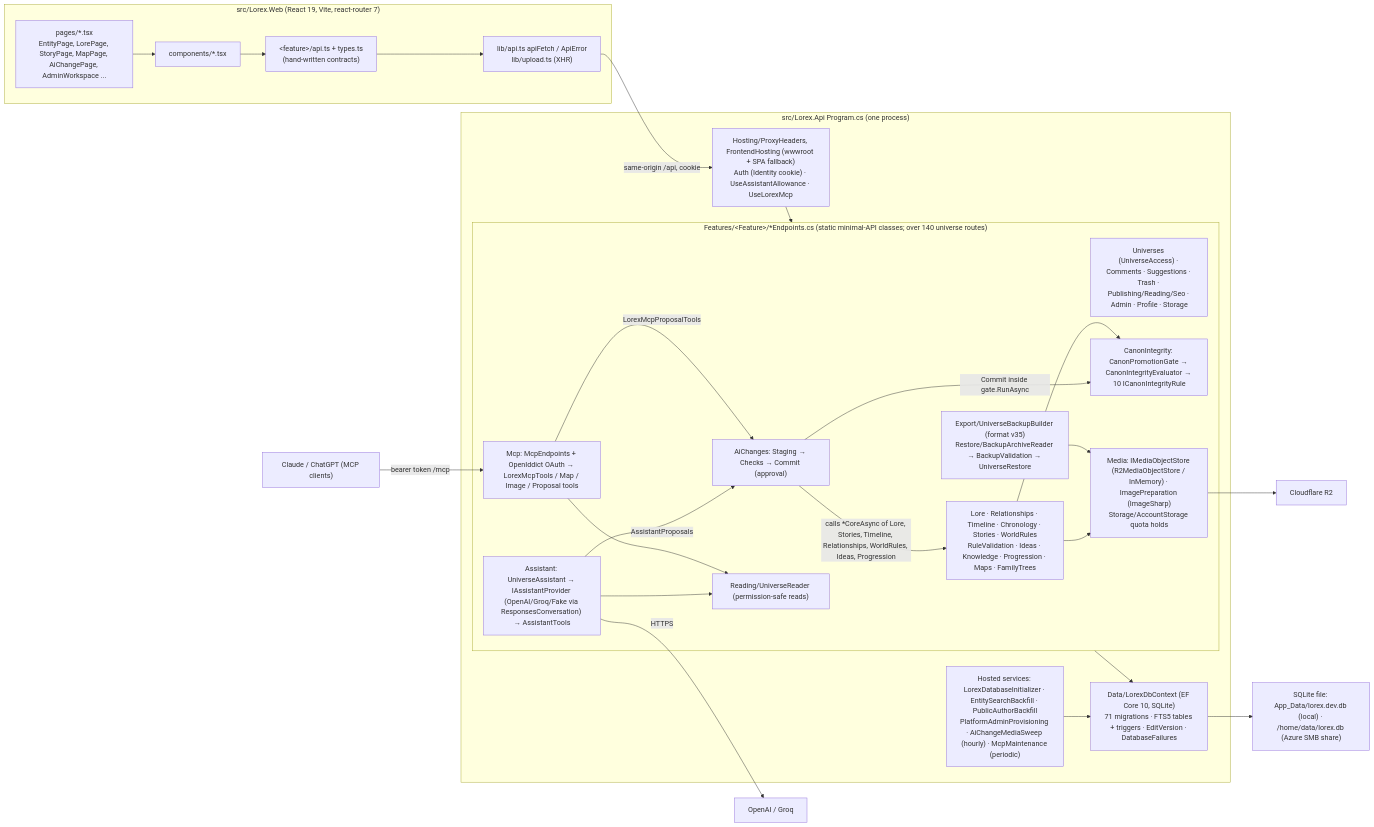
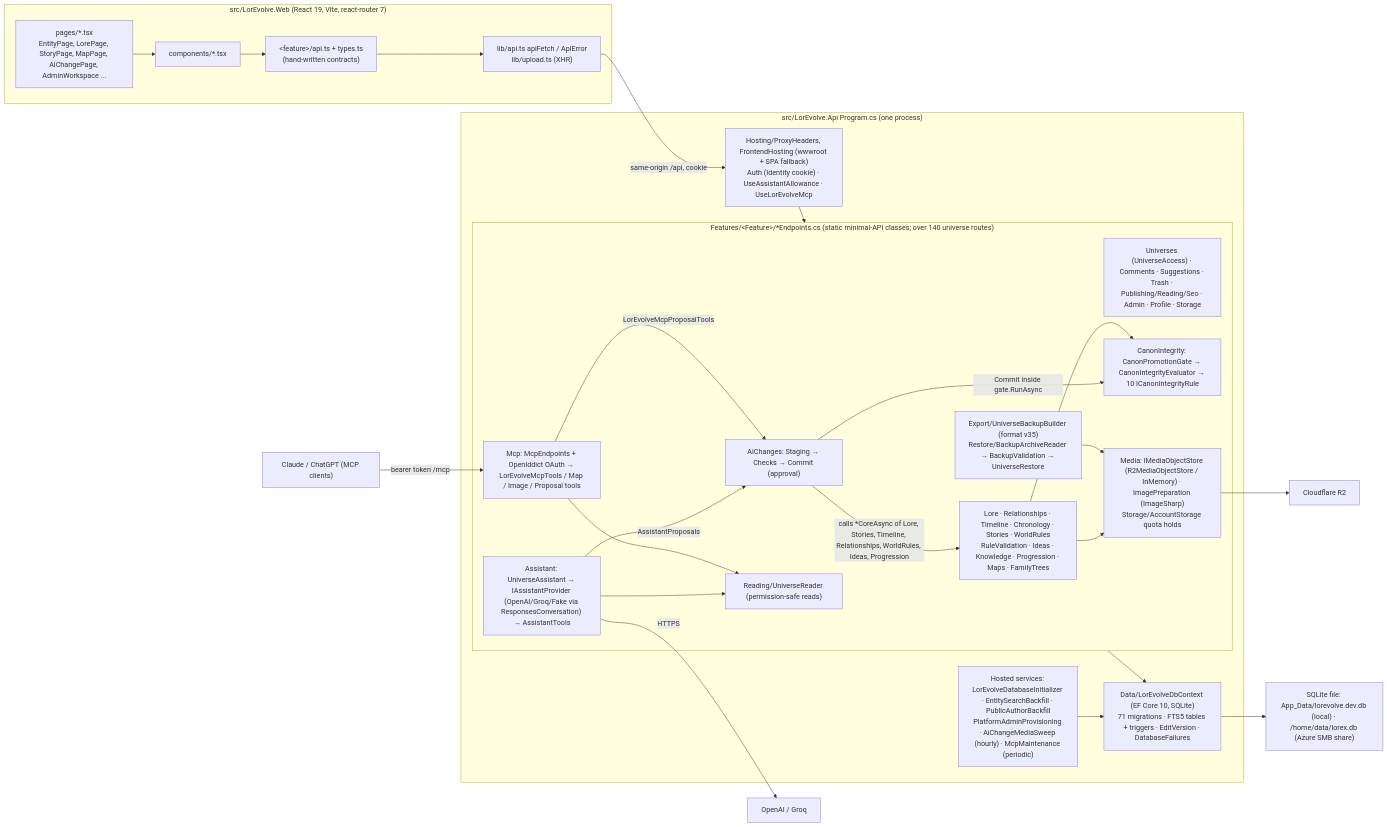
One commit to luisfpires18/lorevolve changed the diagram in docs/architecture/audits/2026-10-25-architecture-audit.md. Above: the diagram before and after it, drawn with Mermaid. The commit also changed other lines of this file and 2032 other files, not shown here.

First line of the commit message:
chore: rename Lorex to LorEvolve - paths, namespaces, text

````diff
--- a/docs/architecture/audits/2026-10-25-architecture-audit.md
+++ b/docs/architecture/audits/2026-10-25-architecture-audit.md
@@ -27,44 +27,44 @@
 ```mermaid
 flowchart LR
-  subgraph Web["src/Lorex.Web (React 19, Vite, react-router 7)"]
+  subgraph Web["src/LorEvolve.Web (React 19, Vite, react-router 7)"]
     Pages["pages/*.tsx<br/>EntityPage, LorePage, StoryPage, MapPage, AiChangePage, AdminWorkspace ..."]
     Comps["components/*.tsx"]
     FeatApi["&lt;feature&gt;/api.ts + types.ts<br/>(hand-written contracts)"]
     LibApi["lib/api.ts apiFetch / ApiError<br/>lib/upload.ts (XHR)"]
     Pages --> Comps --> FeatApi --> LibApi
   end
 
-  subgraph Host["src/Lorex.Api Program.cs (one process)"]
-    HostMw["Hosting/ProxyHeaders, FrontendHosting (wwwroot + SPA fallback)<br/>Auth (Identity cookie) · UseAssistantAllowance · UseLorexMcp"]
+  subgraph Host["src/LorEvolve.Api Program.cs (one process)"]
+    HostMw["Hosting/ProxyHeaders, FrontendHosting (wwwroot + SPA fallback)<br/>Auth (Identity cookie) · UseAssistantAllowance · UseLorEvolveMcp"]
     subgraph Feat["Features/&lt;Feature&gt;/*Endpoints.cs (static minimal-API classes; over 140 universe routes)"]
       Content["Lore · Relationships · Timeline · Chronology · Stories · WorldRules<br/>RuleValidation · Ideas · Knowledge · Progression · Maps · FamilyTrees"]
       Collab["Universes (UniverseAccess) · Comments · Suggestions · Trash · Publishing/Reading/Seo · Admin · Profile · Storage"]
       Canon["CanonIntegrity: CanonPromotionGate → CanonIntegrityEvaluator → 10 ICanonIntegrityRule"]
       AiC["AiChanges: Staging → Checks → Commit (approval)"]
       Asst["Assistant: UniverseAssistant → IAssistantProvider (OpenAI/Groq/Fake via ResponsesConversation) → AssistantTools"]
-      Mcp["Mcp: McpEndpoints + OpenIddict OAuth → LorexMcpTools / Map / Image / Proposal tools"]
+      Mcp["Mcp: McpEndpoints + OpenIddict OAuth → LorEvolveMcpTools / Map / Image / Proposal tools"]
       Reader["Reading/UniverseReader (permission-safe reads)"]
       Backup["Export/UniverseBackupBuilder (format v35)<br/>Restore/BackupArchiveReader → BackupValidation → UniverseRestore"]
       Media["Media: IMediaObjectStore (R2MediaObjectStore / InMemory) · ImagePreparation (ImageSharp)<br/>Storage/AccountStorage quota holds"]
     end
-    Bg["Hosted services: LorexDatabaseInitializer · EntitySearchBackfill · PublicAuthorBackfill<br/>PlatformAdminProvisioning · AiChangeMediaSweep (hourly) · McpMaintenance (periodic)"]
-    Db["Data/LorexDbContext (EF Core 10, SQLite)<br/>71 migrations · FTS5 tables + triggers · EditVersion · DatabaseFailures"]
+    Bg["Hosted services: LorEvolveDatabaseInitializer · EntitySearchBackfill · PublicAuthorBackfill<br/>PlatformAdminProvisioning · AiChangeMediaSweep (hourly) · McpMaintenance (periodic)"]
+    Db["Data/LorEvolveDbContext (EF Core 10, SQLite)<br/>71 migrations · FTS5 tables + triggers · EditVersion · DatabaseFailures"]
   end
 
   LibApi -- "same-origin /api, cookie" --> HostMw --> Feat
   ExtAI["Claude / ChatGPT (MCP clients)"] -- "bearer token /mcp" --> Mcp
   Asst -- HTTPS --> LLM["OpenAI / Groq"]
   Asst --> Reader
   Mcp --> Reader
   Asst -- "AssistantProposals" --> AiC
-  Mcp -- "LorexMcpProposalTools" --> AiC
+  Mcp -- "LorEvolveMcpProposalTools" --> AiC
   AiC -- "Commit inside gate.RunAsync" --> Canon
   AiC -- "calls *CoreAsync of Lore, Stories, Timeline, Relationships, WorldRules, Ideas, Progression" --> Content
   Content --> Canon
   Content --> Media
   Backup --> Media
   Feat --> Db
   Bg --> Db
   Media --> R2["Cloudflare R2"]
-  Db --> File["SQLite file: App_Data/lorex.dev.db (local) · /home/data/lorex.db (Azure SMB share)"]
+  Db --> File["SQLite file: App_Data/lorevolve.dev.db (local) · /home/data/lorex.db (Azure SMB share)"]
 ```
````
